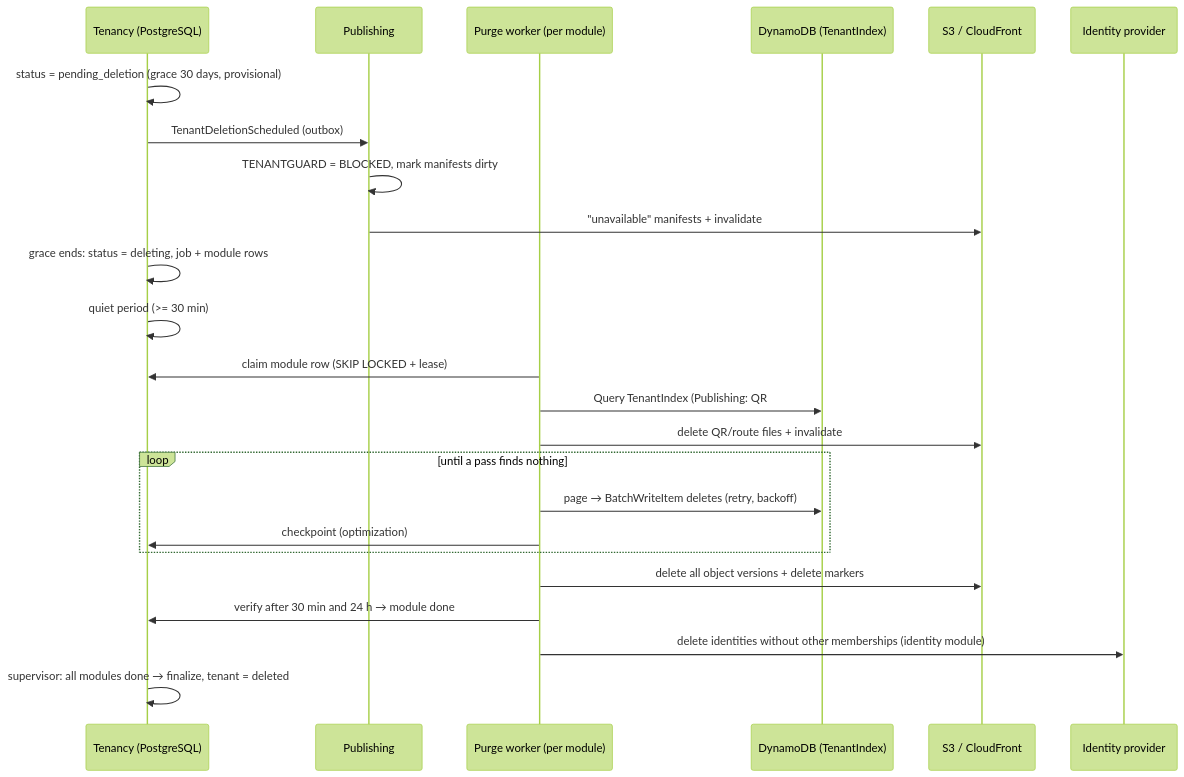
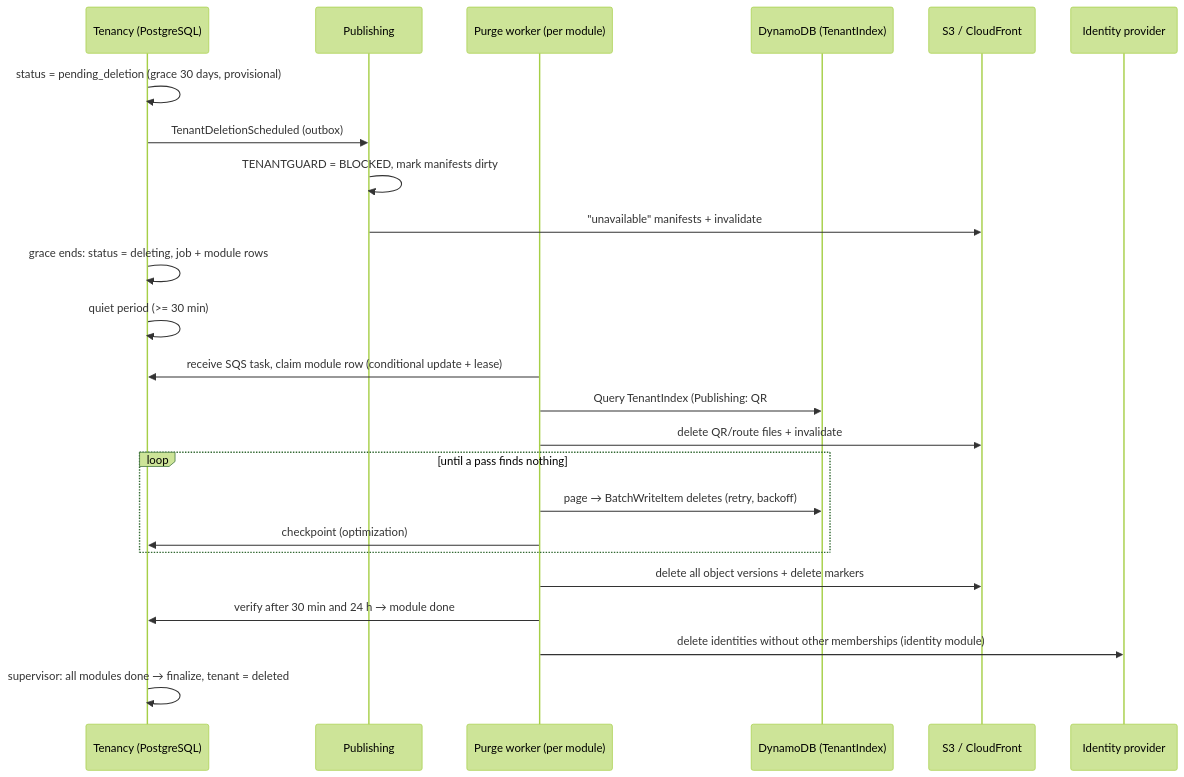
One commit to jameelvm/MenuX changed the diagram in docs/database/07-dynamodb-access-patterns.md. Above: the diagram before and after it, drawn with Mermaid (forest theme). The commit also changed other lines of this file and 14 other files, not shown here.

````diff
--- a/docs/database/07-dynamodb-access-patterns.md
+++ b/docs/database/07-dynamodb-access-patterns.md
@@ -229,26 +229,26 @@
 ```mermaid
 sequenceDiagram
   participant T as Tenancy (PostgreSQL)
   participant P as Publishing
   participant W as Purge worker (per module)
   participant D as DynamoDB (TenantIndex)
   participant S as S3 / CloudFront
   participant I as Identity provider
   T->>T: status = pending_deletion (grace 30 days, provisional)
   T->>P: TenantDeletionScheduled (outbox)
   P->>P: TENANTGUARD = BLOCKED, mark manifests dirty
   P->>S: "unavailable" manifests + invalidate
   T->>T: grace ends: status = deleting, job + module rows
   T->>T: quiet period (>= 30 min)
-  W->>T: claim module row (SKIP LOCKED + lease)
+  W->>T: receive SQS task, claim module row (conditional update + lease)
   W->>D: Query TenantIndex (Publishing: QR#/ROUTE# first)
   W->>S: delete QR/route files + invalidate
   loop until a pass finds nothing
     W->>D: page → BatchWriteItem deletes (retry, backoff)
     W->>T: checkpoint (optimization)
   end
   W->>S: delete all object versions + delete markers
   W->>T: verify after 30 min and 24 h → module done
   W->>I: delete identities without other memberships (identity module)
   T->>T: supervisor: all modules done → finalize, tenant = deleted
 ```
````
